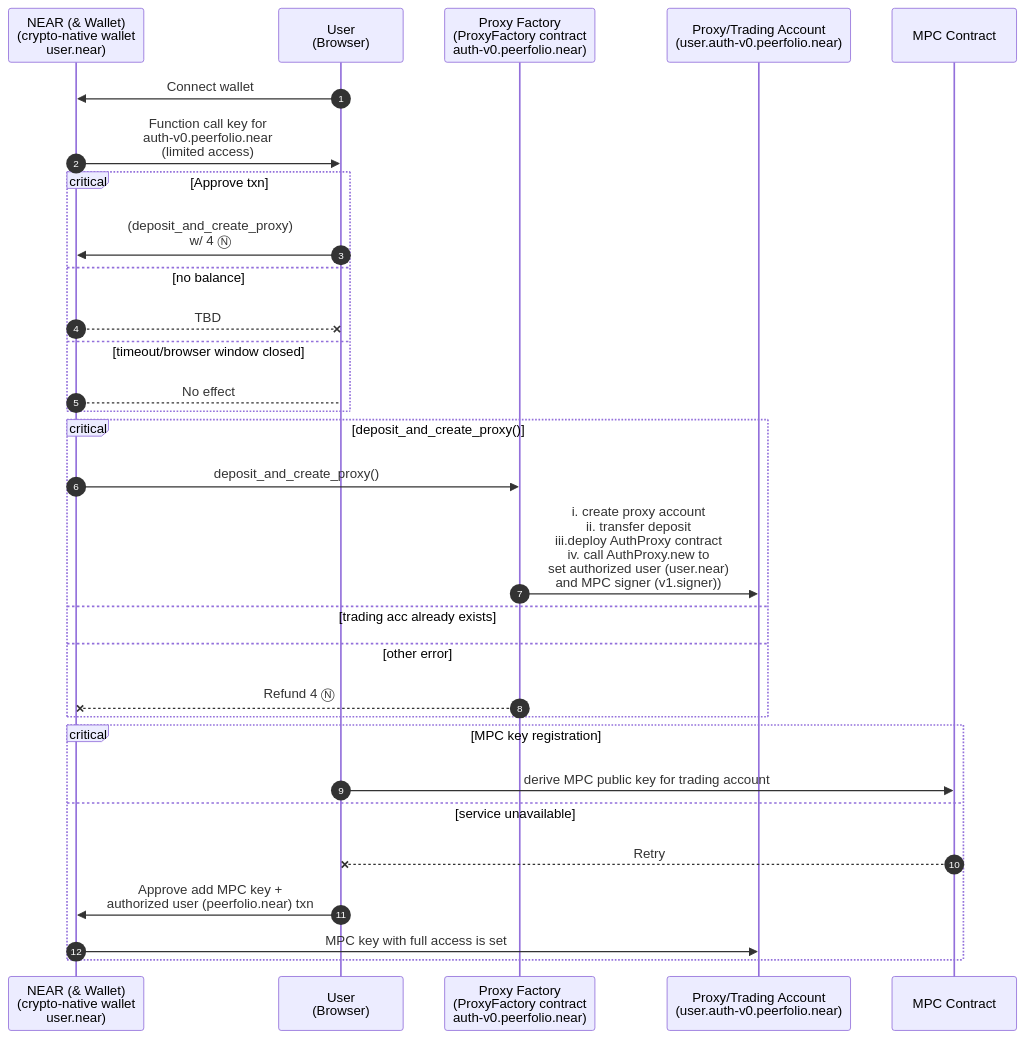
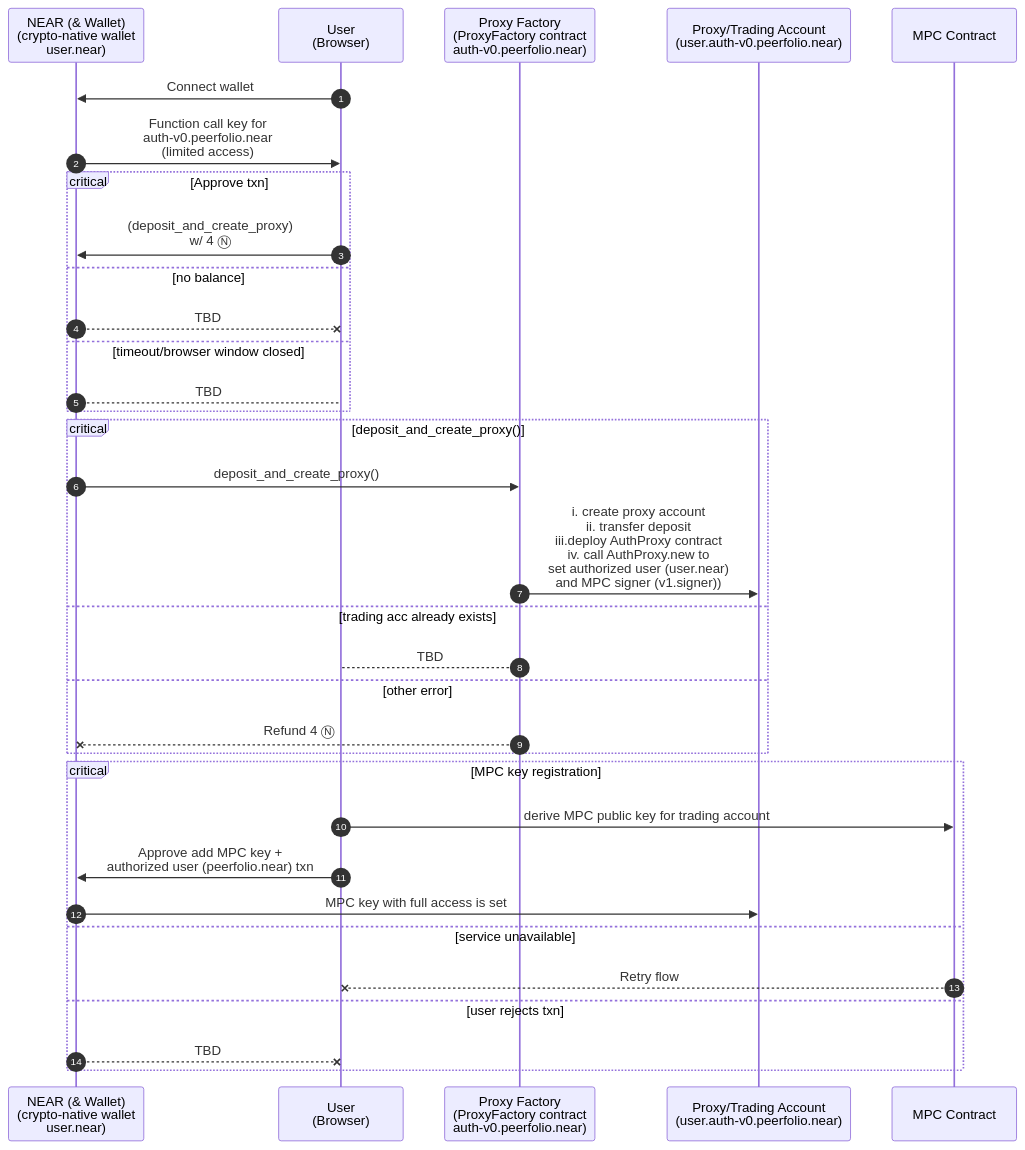
One commit to beneviolabs/ft-allowance-agent changed the diagram in README.md. Above: the diagram before and after it, drawn with Mermaid.

Commit message:
Update diag

````diff
--- a/README.md
+++ b/README.md
@@ -5,35 +5,37 @@
   ```mermaid
 sequenceDiagram
     autonumber
     participant Wallet as NEAR (& Wallet) <br> (crypto-native wallet<br>user.near)
     participant User as User <br> (Browser)
     participant ProxyFac as Proxy Factory <br>(ProxyFactory contract<br>auth-v0.peerfolio.near)
     participant TradingAcc as Proxy/Trading Account <br>(user.auth-v0.peerfolio.near)
     participant MPC as MPC Contract
 
     User->>Wallet: Connect wallet
     Wallet->>User: Function call key for <br> auth-v0.peerfolio.near <br> (limited access)
     critical Approve txn
         User->>Wallet: (deposit_and_create_proxy) <br> w/ 4 Ⓝ
     option no balance
         Wallet--xUser: TBD
     option timeout/browser window closed
-        Wallet-->User: No effect
+        Wallet-->User: TBD
     end
     critical deposit_and_create_proxy()
         Wallet->>ProxyFac: deposit_and_create_proxy()
         ProxyFac->>TradingAcc: i. create proxy account<br>ii. transfer deposit<br>iii.deploy AuthProxy contract<br>iv. call AuthProxy.new to<br> set authorized user (user.near) <br> and MPC signer (v1.signer))
     option trading acc already exists
-
+        ProxyFac-->User: TBD
     option other error
         ProxyFac--xWallet: Refund 4 Ⓝ
     end
 
     critical MPC key registration
         User->>MPC: derive MPC public key for trading account
-    option service unavailable
-        MPC--xUser: Retry
         User->>Wallet: Approve add MPC key + <br> authorized user (peerfolio.near) txn
         Wallet->>TradingAcc: MPC key with full access is set
+    option service unavailable
+        MPC--xUser: Retry flow
+    option user rejects txn
+        Wallet--xUser: TBD
     end
   ```
````
